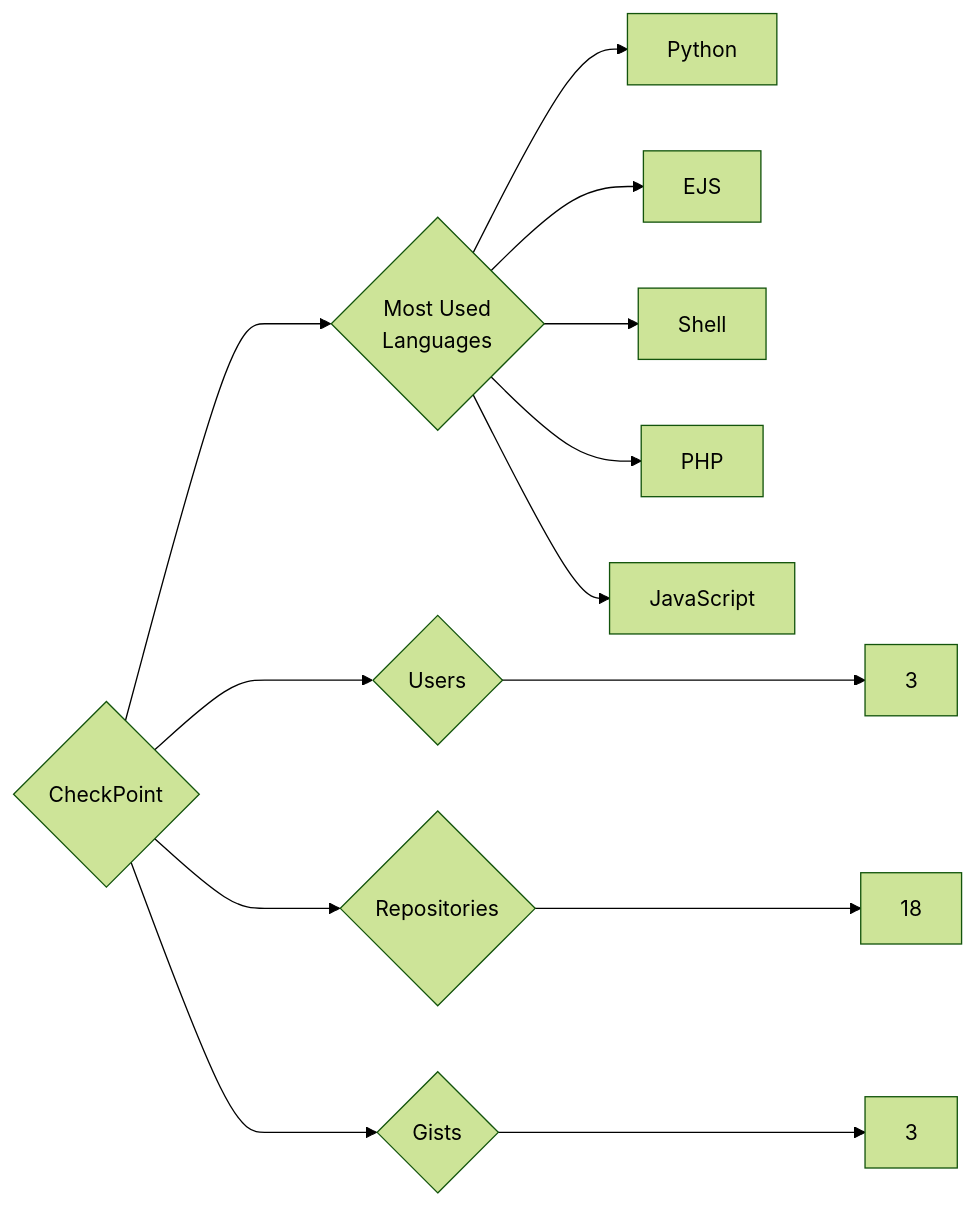
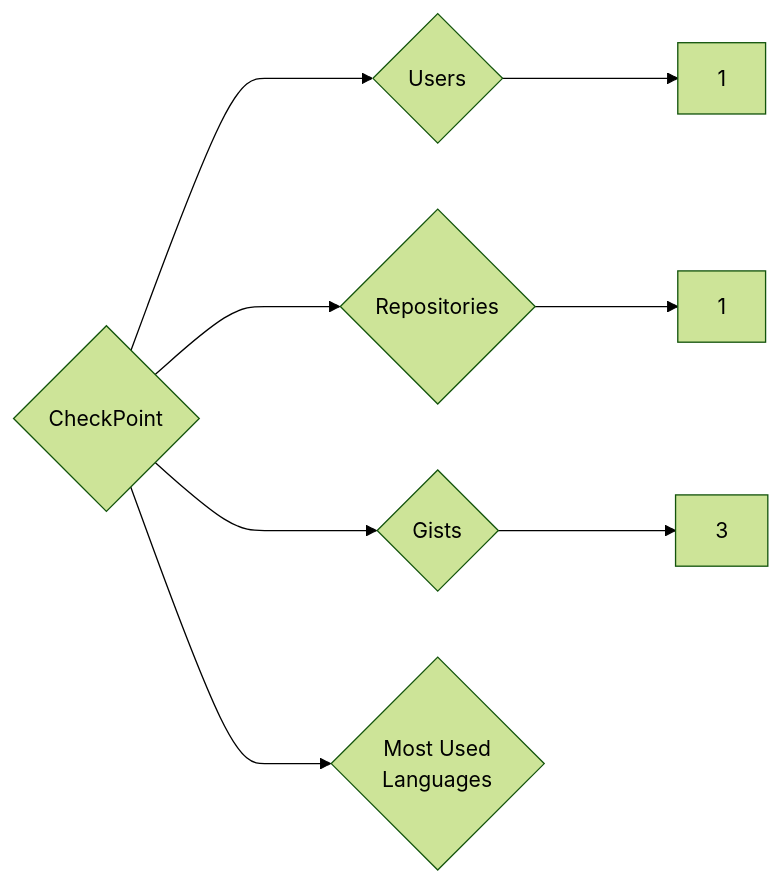
Before and after one commit to trickest/insiders: the diagram in targets/CheckPoint/README.md, drawn with Mermaid (forest theme). The commit also changed 870 other files, not shown here.

````diff
--- a/targets/CheckPoint/README.md
+++ b/targets/CheckPoint/README.md
@@ -3,13 +3,8 @@
 ```mermaid
 graph LR
 COMPANY_NAME{CheckPoint}
-COMPANY_NAME ---> U{Users} ---> UN[3]
-COMPANY_NAME ---> R{Repositories} ---> RN[18]
+COMPANY_NAME ---> U{Users} ---> UN[1]
+COMPANY_NAME ---> R{Repositories} ---> RN[1]
 COMPANY_NAME ---> G{Gists} ---> GN[3]
 COMPANY_NAME ---> ML{Most Used<br>Languages}
-ML --> Python[Python]
-ML --> EJS[EJS]
-ML --> Shell[Shell]
-ML --> PHP[PHP]
-ML --> JavaScript[JavaScript]
 ```
````
